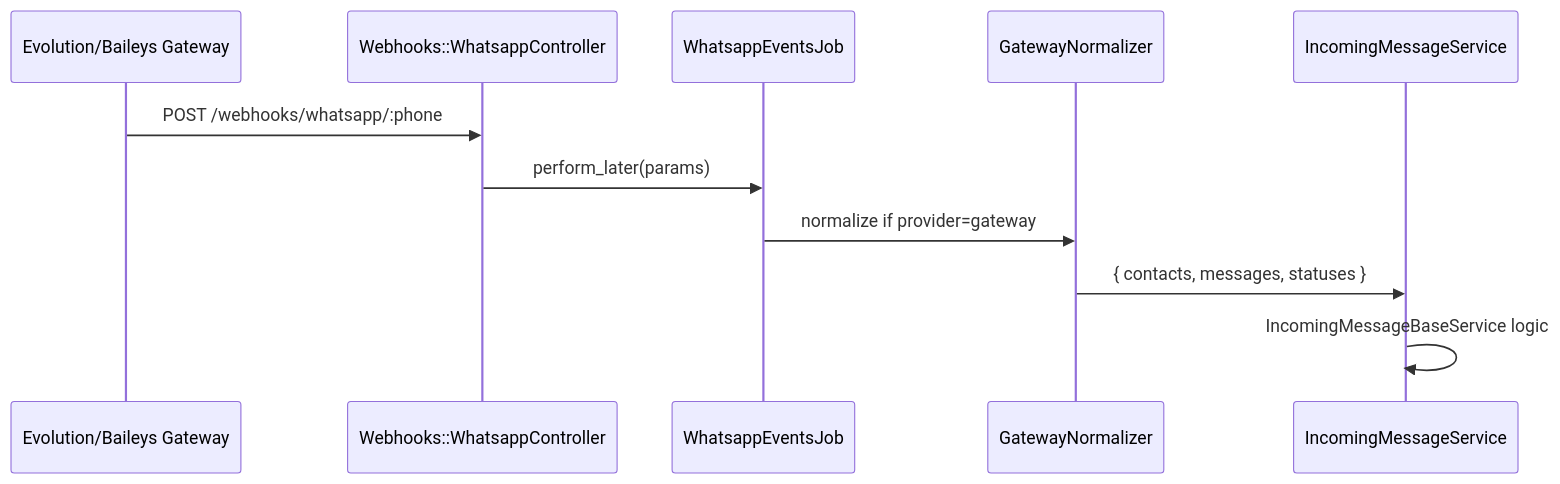
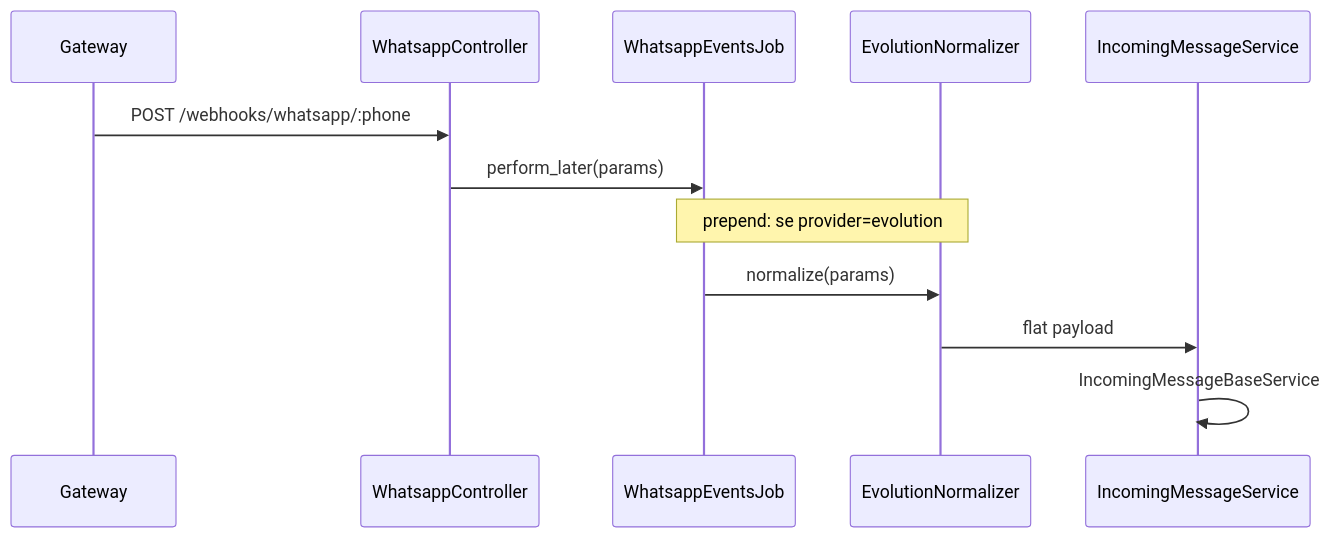
The second of 2 diagrams in doc/feature/whatsapp-provider/implementation-plan-second-whatsapp-provider.md (cesar-carlos/chatwoot), drawn with Mermaid before and after one commit. The commit also changed other lines of this file and 16 other files, not shown here.

First line of the commit message:
docs(whatsapp): reanalyze provider and voice integration guides

````diff
--- a/doc/feature/whatsapp-provider/implementation-plan-second-whatsapp-provider.md
+++ b/doc/feature/whatsapp-provider/implementation-plan-second-whatsapp-provider.md
@@ -42,14 +93,15 @@
 ```mermaid
 sequenceDiagram
-  participant GW as Evolution/Baileys Gateway
-  participant WH as Webhooks::WhatsappController
+  participant GW as Gateway
+  participant WH as WhatsappController
   participant J as WhatsappEventsJob
-  participant N as GatewayNormalizer
+  participant N as EvolutionNormalizer
   participant I as IncomingMessageService
 
   GW->>WH: POST /webhooks/whatsapp/:phone
   WH->>J: perform_later(params)
-  J->>N: normalize if provider=gateway
-  N->>I: { contacts, messages, statuses }
-  I->>I: IncomingMessageBaseService logic
+  Note over J,N: prepend: se provider=evolution
+  J->>N: normalize(params)
+  N->>I: flat payload
+  I->>I: IncomingMessageBaseService
 ```
````
